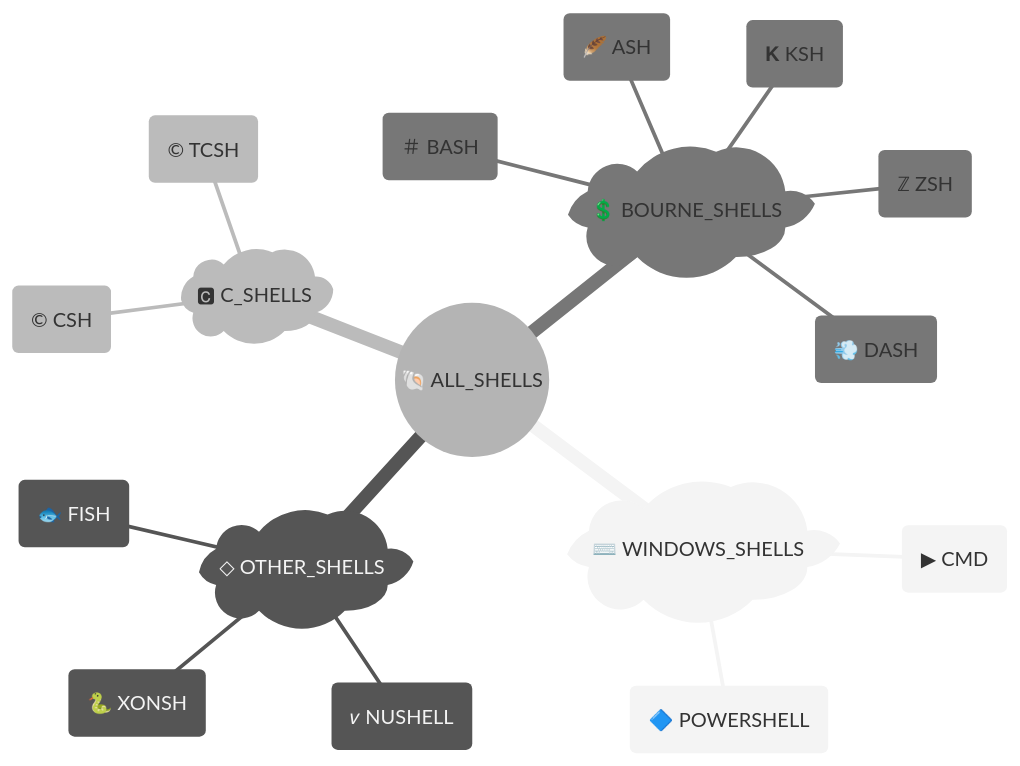
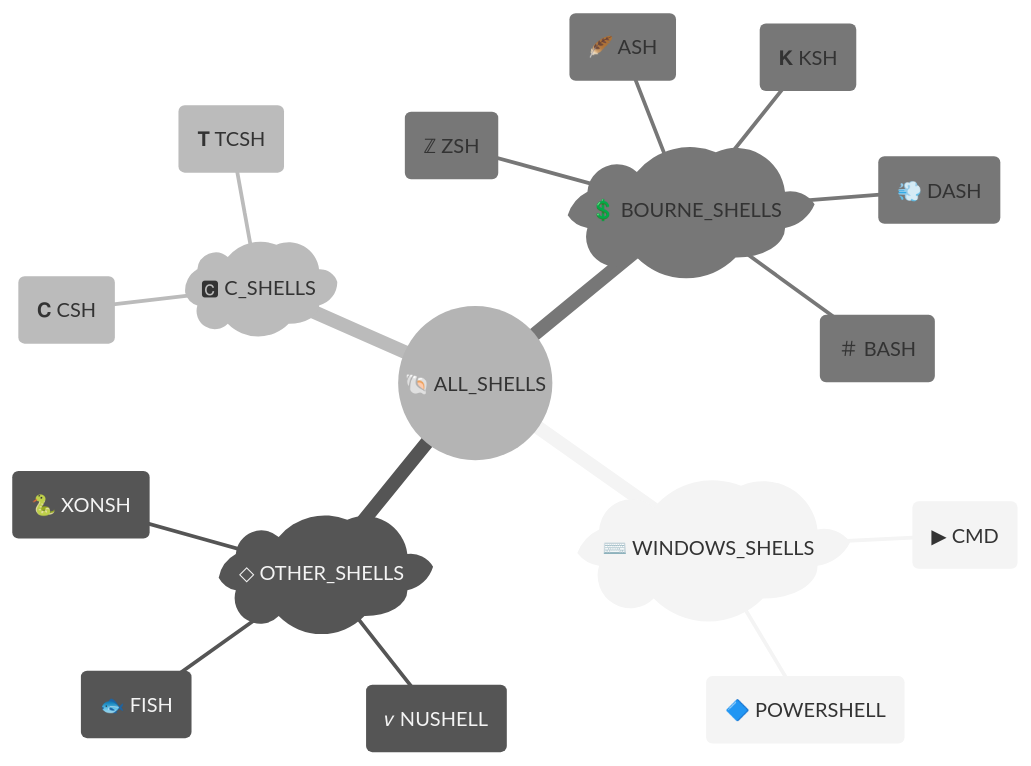
Before and after one commit to kdeldycke/extra-platforms: the second of 2 diagrams in docs/shells.md, drawn with Mermaid (neutral theme). The commit also changed other lines of this file and 6 other files, not shown here.

````diff
--- a/docs/shells.md
+++ b/docs/shells.md
@@ -126,23 +126,23 @@
 ```mermaid
 ---
 config: {"mindmap": {"padding": 5}}
 ---
 mindmap
     ((🐚 ALL_SHELLS))
         )⌨️ WINDOWS_SHELLS(
             (▶ CMD)
             (🔷 POWERSHELL)
         )◇ OTHER_SHELLS(
             (🐟 FISH)
             (𝜈 NUSHELL)
             (🐍 XONSH)
         )🅲 C_SHELLS(
-            (© CSH)
-            (© TCSH)
+            (𝐂 CSH)
+            (𝐓 TCSH)
         )💲 BOURNE_SHELLS(
             (🪶 ASH)
             (＃ BASH)
             (💨 DASH)
             (𝐊 KSH)
             (ℤ ZSH)
 ```
````
